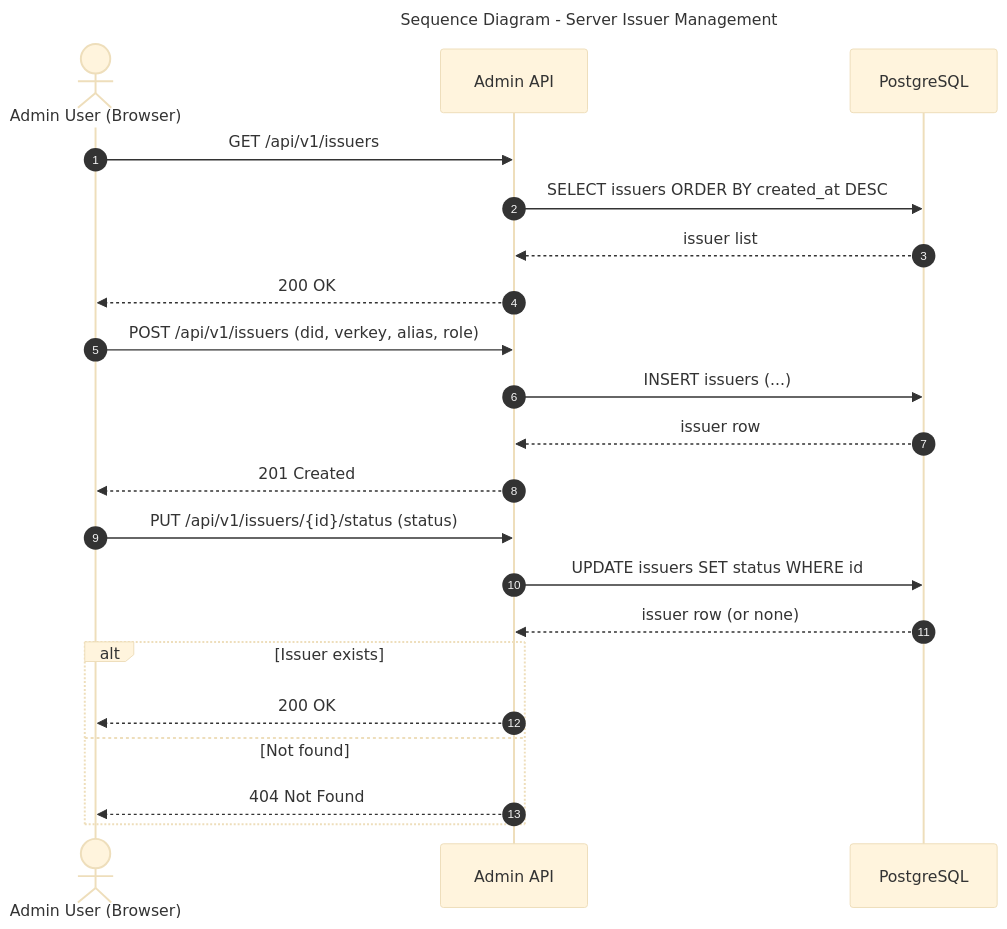
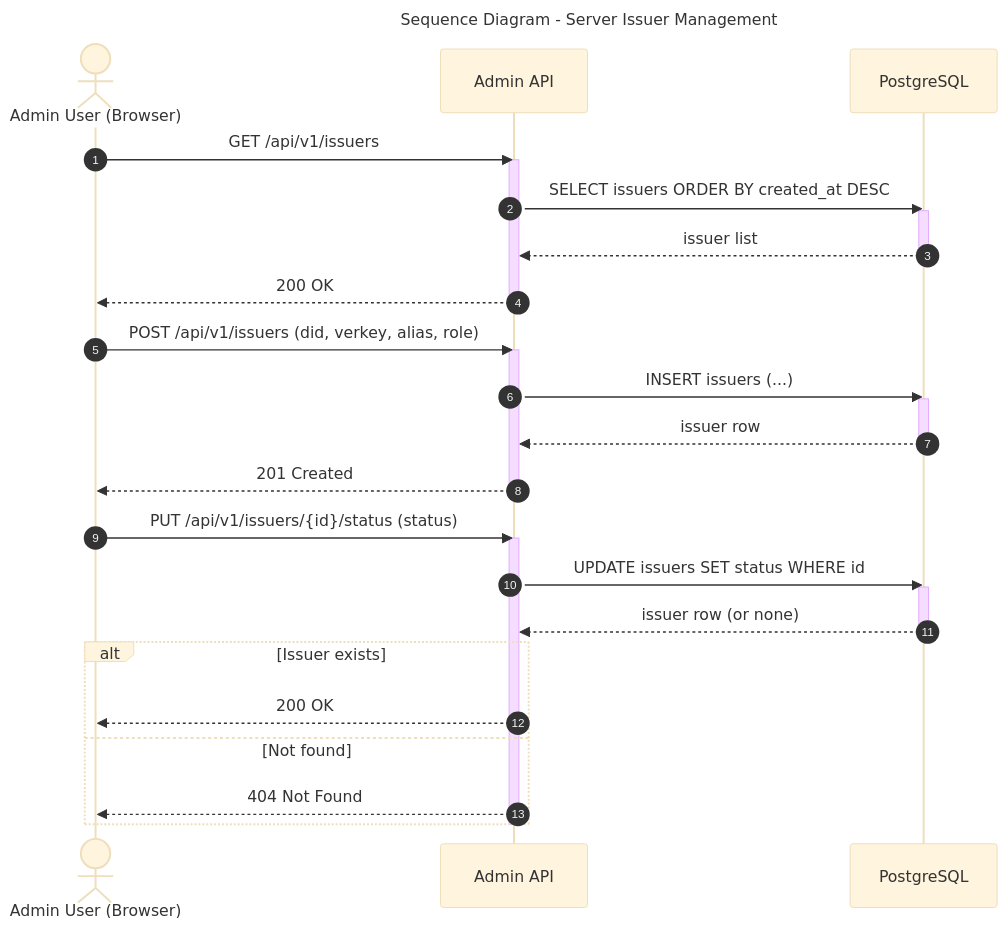
Before and after one commit to CHATEAUFORGE-LLC/QuantumZero: the diagram in diagrams/sequence-server-issuer-management.mmd, drawn with Mermaid. The commit also changed 41 other files, not shown here.

Commit message:
Standardized all sequence diagrams, and refactored everything to ensure UML compliance, unification of content and design of key diagrams

```diff
--- a/diagrams/sequence-server-issuer-management.mmd
+++ b/diagrams/sequence-server-issuer-management.mmd
@@ -1,28 +1,43 @@
 ---
 title: Sequence Diagram - Server Issuer Management
 config:
   theme: base
 ---
 %% QuantumZero UML palette note: actors/external=#fff7e6/#b45309, system/component=#e0f2fe/#075985, datastore=#ecfccb/#4d7c0f, notes=#fff9c4/#d97706. Aligns diagrams to Deliverable 1 UML/DFD theme.
 %% Implements: QuantumZero-server/services/admin-api/src/handlers.rs (issuers endpoints)
 sequenceDiagram
- autonumber
- actor Admin as Admin User (Browser)
- participant API as Admin API
- participant DB as PostgreSQL
- Admin->>API: GET /api/v1/issuers
- API->>DB: SELECT issuers ORDER BY created_at DESC
- DB-->>API: issuer list
- API-->>Admin: 200 OK
- Admin->>API: POST /api/v1/issuers (did, verkey, alias, role)
- API->>DB: INSERT issuers (...)
- DB-->>API: issuer row
- API-->>Admin: 201 Created
- Admin->>API: PUT /api/v1/issuers/{id}/status (status)
- API->>DB: UPDATE issuers SET status WHERE id
- DB-->>API: issuer row (or none)
- alt Issuer exists
- API-->>Admin: 200 OK
- else Not found
- API-->>Admin: 404 Not Found
- end
+  autonumber
+  actor Admin as Admin User (Browser)
+  participant API as Admin API
+  participant DB as PostgreSQL
+
+  Admin->>API: GET /api/v1/issuers
+  activate API
+  API->>DB: SELECT issuers ORDER BY created_at DESC
+  activate DB
+  DB-->>API: issuer list
+  deactivate DB
+  API-->>Admin: 200 OK
+  deactivate API
+
+  Admin->>API: POST /api/v1/issuers (did, verkey, alias, role)
+  activate API
+  API->>DB: INSERT issuers (...)
+  activate DB
+  DB-->>API: issuer row
+  deactivate DB
+  API-->>Admin: 201 Created
+  deactivate API
+
+  Admin->>API: PUT /api/v1/issuers/{id}/status (status)
+  activate API
+  API->>DB: UPDATE issuers SET status WHERE id
+  activate DB
+  DB-->>API: issuer row (or none)
+  deactivate DB
+  alt Issuer exists
+    API-->>Admin: 200 OK
+  else Not found
+    API-->>Admin: 404 Not Found
+  end
+  deactivate API
```
